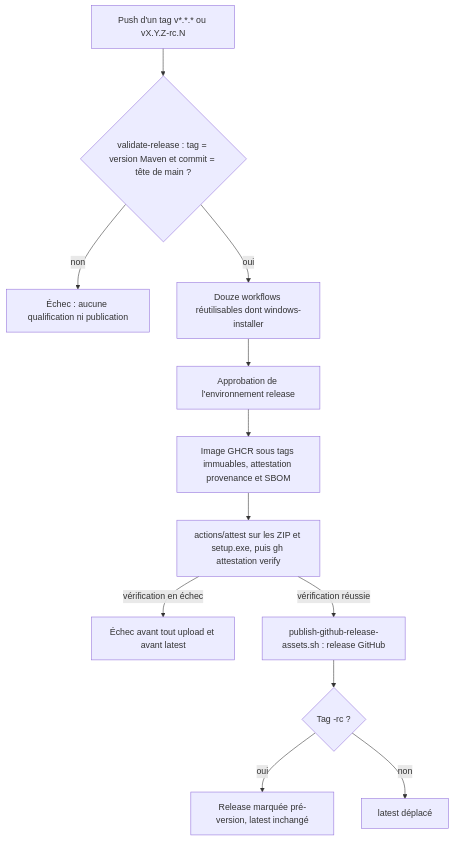
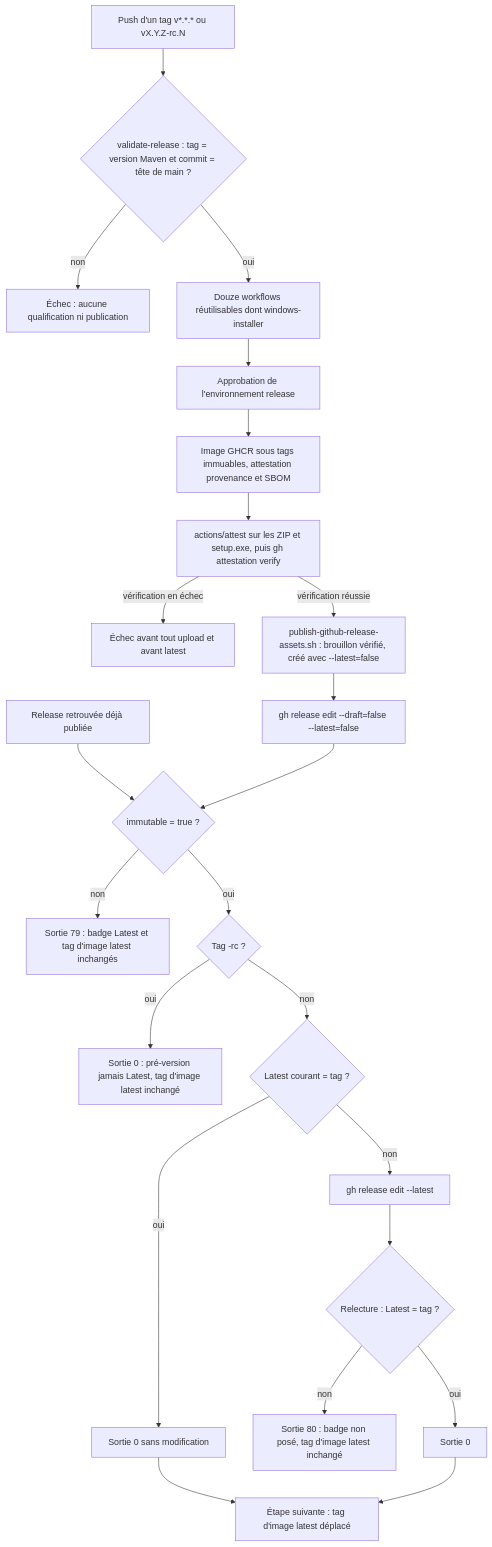
The first of 2 diagrams in docs/developer/immutable-release-publishing.md (FTurleque/nexus-context-engine), drawn with Mermaid before and after one commit. The commit also changed other lines of this file and 7 other files, not shown here.

First line of the commit message:
fix(release): mark GitHub Latest only after the immutable check

````diff
--- a/docs/developer/immutable-release-publishing.md
+++ b/docs/developer/immutable-release-publishing.md
@@ -174,14 +174,25 @@
 ```mermaid
 flowchart TD
     tag["Push d'un tag v*.*.* ou vX.Y.Z-rc.N"] --> validate{"validate-release : tag = version Maven et commit = tête de main ?"}
     validate -- "non" --> stop["Échec : aucune qualification ni publication"]
     validate -- "oui" --> qualif["Douze workflows réutilisables dont windows-installer"]
     qualif --> env["Approbation de l'environnement release"]
     env --> image["Image GHCR sous tags immuables, attestation provenance et SBOM"]
     image --> attest["actions/attest sur les ZIP et setup.exe, puis gh attestation verify"]
     attest -- "vérification en échec" --> stop2["Échec avant tout upload et avant latest"]
-    attest -- "vérification réussie" --> assets["publish-github-release-assets.sh : release GitHub"]
-    assets --> rc{"Tag -rc ?"}
-    rc -- "oui" --> pre["Release marquée pré-version, latest inchangé"]
-    rc -- "non" --> latest["latest déplacé"]
+    attest -- "vérification réussie" --> draft["publish-github-release-assets.sh : brouillon vérifié, créé avec --latest=false"]
+    draft --> pub["gh release edit --draft=false --latest=false"]
+    resumed["Release retrouvée déjà publiée"] --> imm
+    pub --> imm{"immutable = true ?"}
+    imm -- "non" --> e79["Sortie 79 : badge Latest et tag d'image latest inchangés"]
+    imm -- "oui" --> rc{"Tag -rc ?"}
+    rc -- "oui" --> pre["Sortie 0 : pré-version jamais Latest, tag d'image latest inchangé"]
+    rc -- "non" --> cur{"Latest courant = tag ?"}
+    cur -- "oui" --> ok1["Sortie 0 sans modification"]
+    cur -- "non" --> mark["gh release edit --latest"]
+    mark --> check{"Relecture : Latest = tag ?"}
+    check -- "non" --> e80["Sortie 80 : badge non posé, tag d'image latest inchangé"]
+    check -- "oui" --> ok2["Sortie 0"]
+    ok1 --> ghcr["Étape suivante : tag d'image latest déplacé"]
+    ok2 --> ghcr
 ```
````
